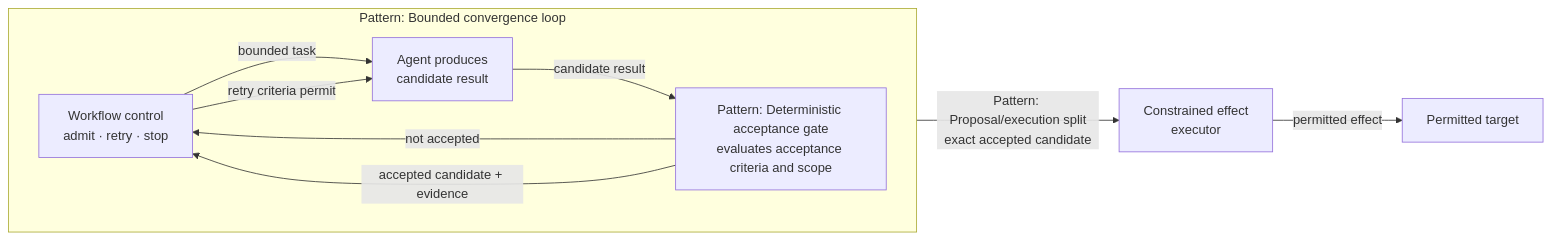
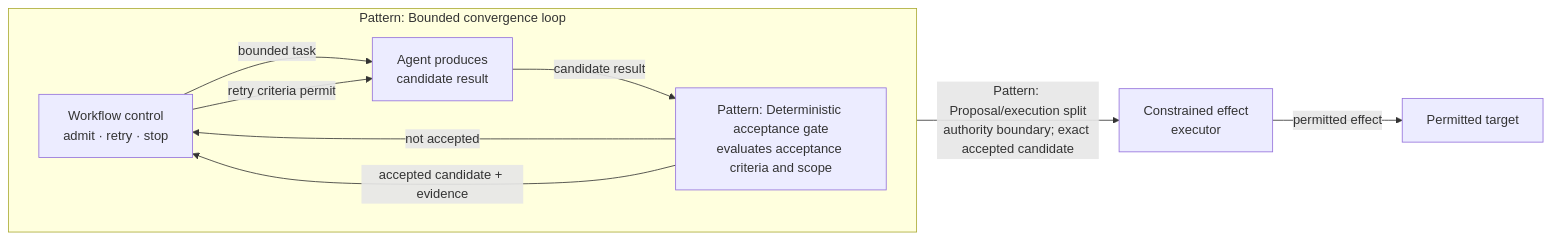
One commit to mzagar/wg-workflows-and-process-integration changed the second of 2 diagrams in workstreams/reference-architectures/architectures/bounded-autonomous-remediation.md. Above: the diagram before and after it, drawn with Mermaid. The commit also changed other lines of this file, not shown here.

First line of the commit message:
Clarify bounded remediation pattern composition

````diff
--- a/workstreams/reference-architectures/architectures/bounded-autonomous-remediation.md
+++ b/workstreams/reference-architectures/architectures/bounded-autonomous-remediation.md
@@ -96,21 +100,21 @@
 ```mermaid
 flowchart LR
     subgraph L["Pattern: Bounded convergence loop"]
         direction LR
         C["Workflow control<br/>admit · retry · stop"]
         A["Agent produces<br/>candidate result"]
         G["Pattern: Deterministic acceptance gate<br/>evaluates acceptance criteria and scope"]
 
         C -->|"bounded task"| A
         A -->|"candidate result"| G
         G -->|"not accepted"| C
         C -->|"retry criteria permit"| A
         G -->|"accepted candidate + evidence"| C
     end
 
     X["Constrained effect<br/>executor"]
     T["Permitted target"]
 
-    C -->|"Pattern: Proposal/execution split<br/>exact accepted candidate"| X
+    C -->|"Pattern: Proposal/execution split<br/>authority boundary; exact accepted candidate"| X
     X -->|"permitted effect"| T
 ```
````
